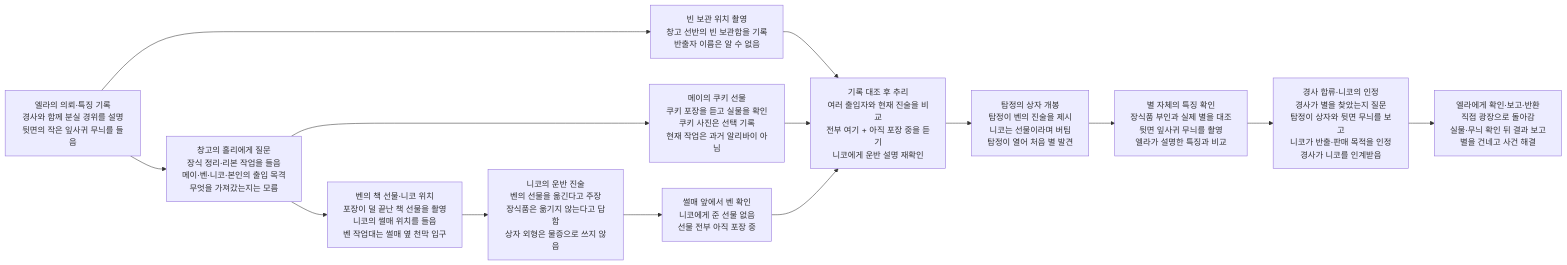
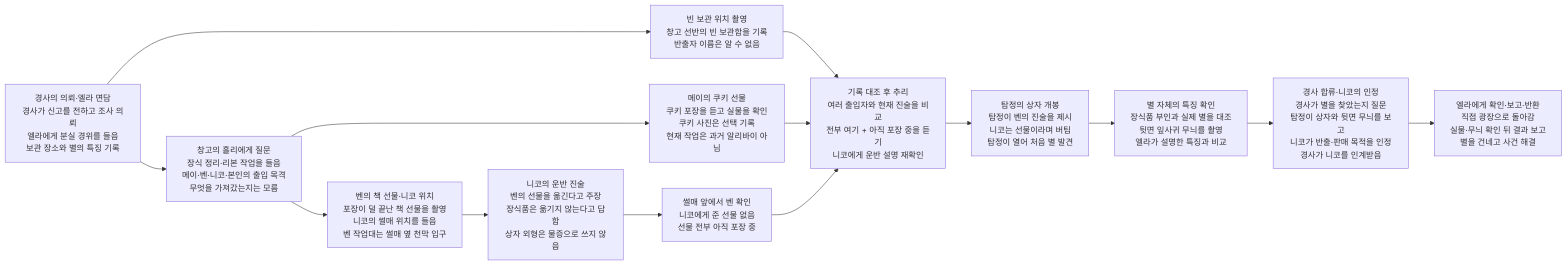
The second of 2 diagrams in design/case-10-christmas-star.md (wonny95/detective-v2), drawn with Mermaid before and after one commit. The commit also changed other lines of this file and 6 other files, not shown here.

Commit message:
기획: 경사의 조사 의뢰 뒤 엘라에게 경위 확인

````diff
--- a/design/case-10-christmas-star.md
+++ b/design/case-10-christmas-star.md
@@ -47,28 +47,28 @@
 ```mermaid
 flowchart LR
-    s1["엘라의 의뢰·특징 기록<br/>경사와 함께 분실 경위를 설명<br/>뒷면의 작은 잎사귀 무늬를 들음"]
+    s1["경사의 의뢰·엘라 면담<br/>경사가 신고를 전하고 조사 의뢰<br/>엘라에게 분실 경위를 들음<br/>보관 장소와 별의 특징 기록"]
     s2["창고의 홀리에게 질문<br/>장식 정리·리본 작업을 들음<br/>메이·벤·니코·본인의 출입 목격<br/>무엇을 가져갔는지는 모름"]
     s3["빈 보관 위치 촬영<br/>창고 선반의 빈 보관함을 기록<br/>반출자 이름은 알 수 없음"]
     s4["메이의 쿠키 선물<br/>쿠키 포장을 듣고 실물을 확인<br/>쿠키 사진은 선택 기록<br/>현재 작업은 과거 알리바이 아님"]
     s5["벤의 책 선물·니코 위치<br/>포장이 덜 끝난 책 선물을 촬영<br/>니코의 썰매 위치를 들음<br/>벤 작업대는 썰매 옆 천막 입구"]
     s6["니코의 운반 진술<br/>벤의 선물을 옮긴다고 주장<br/>장식품은 옮기지 않는다고 답함<br/>상자 외형은 물증으로 쓰지 않음"]
     s7["썰매 앞에서 벤 확인<br/>니코에게 준 선물 없음<br/>선물 전부 아직 포장 중"]
     s8["기록 대조 후 추리<br/>여러 출입자와 현재 진술을 비교<br/>전부 여기 + 아직 포장 중을 듣기<br/>니코에게 운반 설명 재확인"]
     s9["탐정의 상자 개봉<br/>탐정이 벤의 진술을 제시<br/>니코는 선물이라며 버팀<br/>탐정이 열어 처음 별 발견"]
     s10["별 자체의 특징 확인<br/>장식품 부인과 실제 별을 대조<br/>뒷면 잎사귀 무늬를 촬영<br/>엘라가 설명한 특징과 비교"]
     s11["경사 합류·니코의 인정<br/>경사가 별을 찾았는지 질문<br/>탐정이 상자와 뒷면 무늬를 보고<br/>니코가 반출·판매 목적을 인정<br/>경사가 니코를 인계받음"]
     s12["엘라에게 확인·보고·반환<br/>직접 광장으로 돌아감<br/>실물·무늬 확인 뒤 결과 보고<br/>별을 건네고 사건 해결"]
     s1 --> s2
     s1 --> s3
     s2 --> s4
     s2 --> s5
     s3 --> s8
     s4 --> s8
     s5 --> s6
     s6 --> s7
     s7 --> s8
     s8 --> s9
     s9 --> s10
     s10 --> s11
     s11 --> s12
 ```
````
